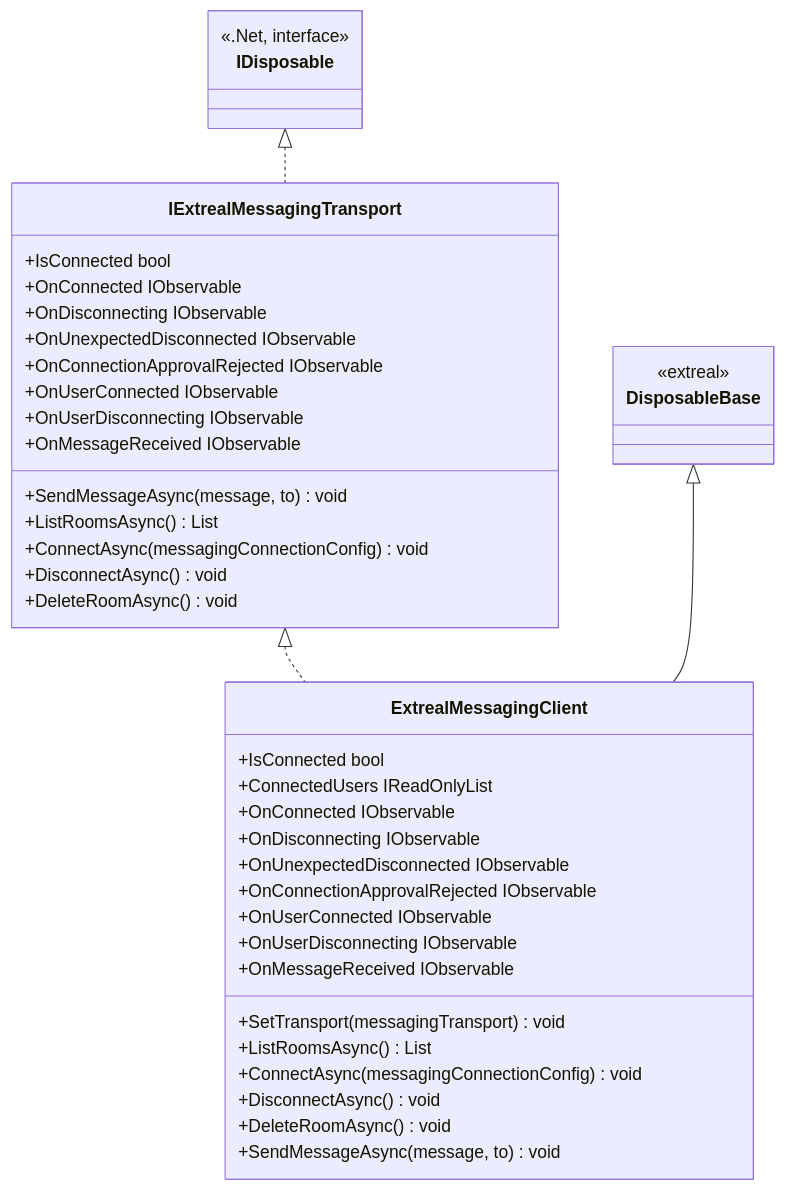
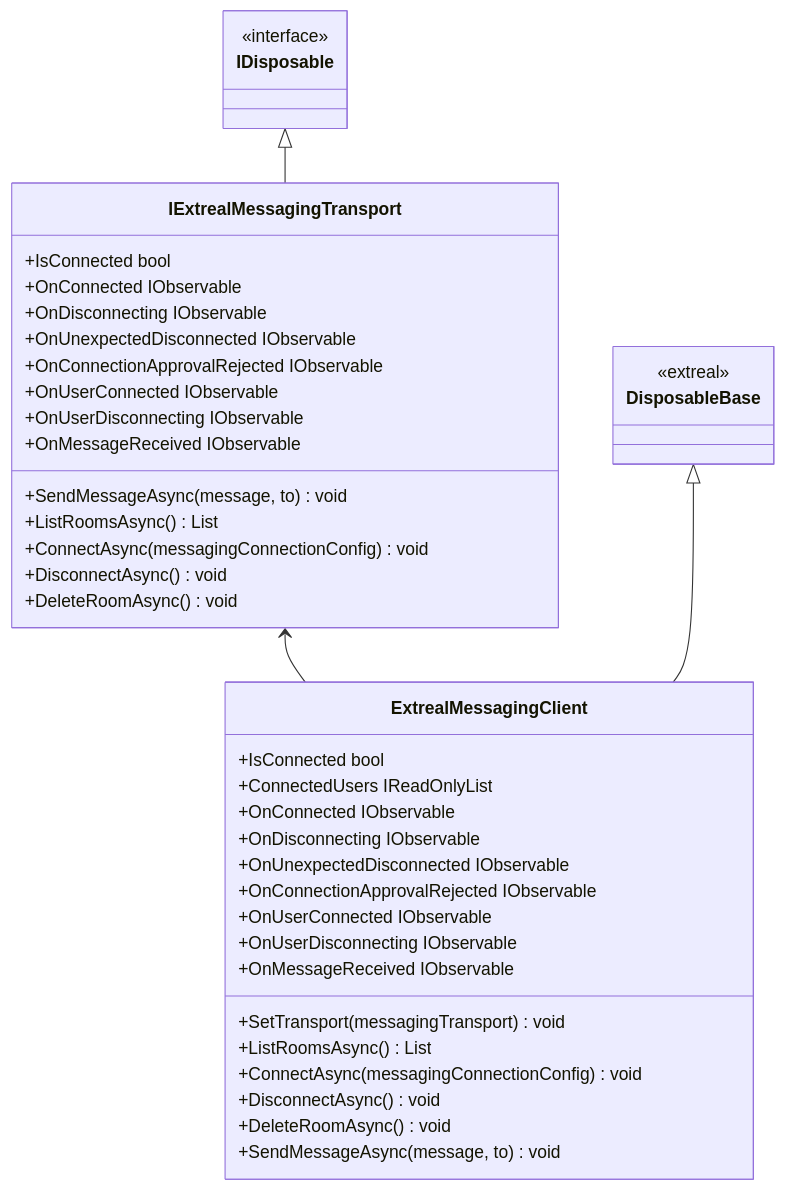
The diagram in docs/integration/messaging.common.md (extreal-dev/Extreal.Guide), drawn with Mermaid before and after one commit. The commit also changed other lines of this file and 5 other files, not shown here.

````diff
--- a/docs/integration/messaging.common.md
+++ b/docs/integration/messaging.common.md
@@ -27,49 +25,50 @@
 ```mermaid
 classDiagram
 
-    IExtrealMessagingTransport <|.. ExtrealMessagingClient 
+    IExtrealMessagingTransport <-- ExtrealMessagingClient
+    IDisposable <|-- IExtrealMessagingTransport
     DisposableBase <|-- ExtrealMessagingClient 
-    IDisposable <|.. IExtrealMessagingTransport
+
 
     class ExtrealMessagingClient {
         +IsConnected bool
         +ConnectedUsers IReadOnlyList
         +OnConnected IObservable
         +OnDisconnecting IObservable
         +OnUnexpectedDisconnected IObservable
         +OnConnectionApprovalRejected IObservable
         +OnUserConnected IObservable
         +OnUserDisconnecting IObservable
         +OnMessageReceived IObservable
         +SetTransport(messagingTransport) void
         +ListRoomsAsync() List
         +ConnectAsync(messagingConnectionConfig) void
         +DisconnectAsync() void
         +DeleteRoomAsync() void
         +SendMessageAsync(message, to) void
     }
     
     class IExtrealMessagingTransport {
         +IsConnected bool
         +OnConnected IObservable
         +OnDisconnecting IObservable
         +OnUnexpectedDisconnected IObservable
         +OnConnectionApprovalRejected IObservable
         +OnUserConnected IObservable
         +OnUserDisconnecting IObservable
         +OnMessageReceived IObservable
         +SendMessageAsync(message, to)  void
         +ListRoomsAsync()  List
         +ConnectAsync(messagingConnectionConfig)  void
         +DisconnectAsync()  void
         +DeleteRoomAsync()  void
     }
     
     class DisposableBase {
         <<extreal>>
     }
 
     class IDisposable {
-        <<.Net, interface>>
+        <<interface>>
     }
 ```
````
